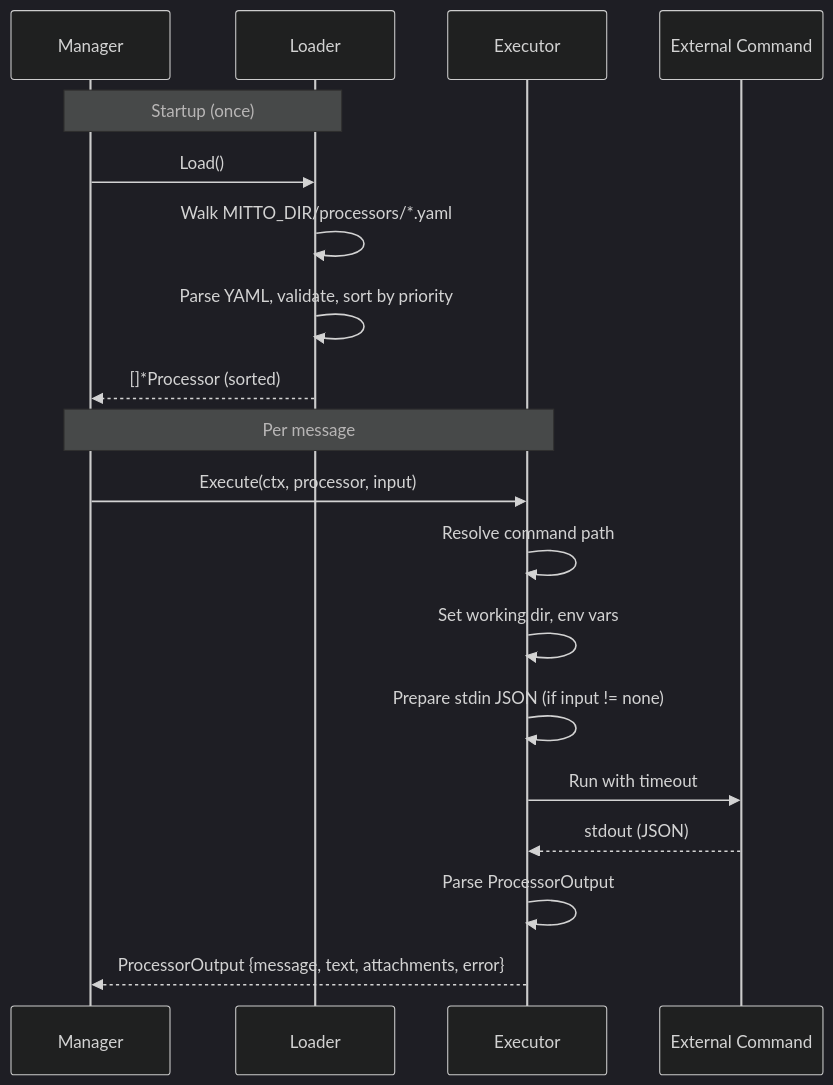
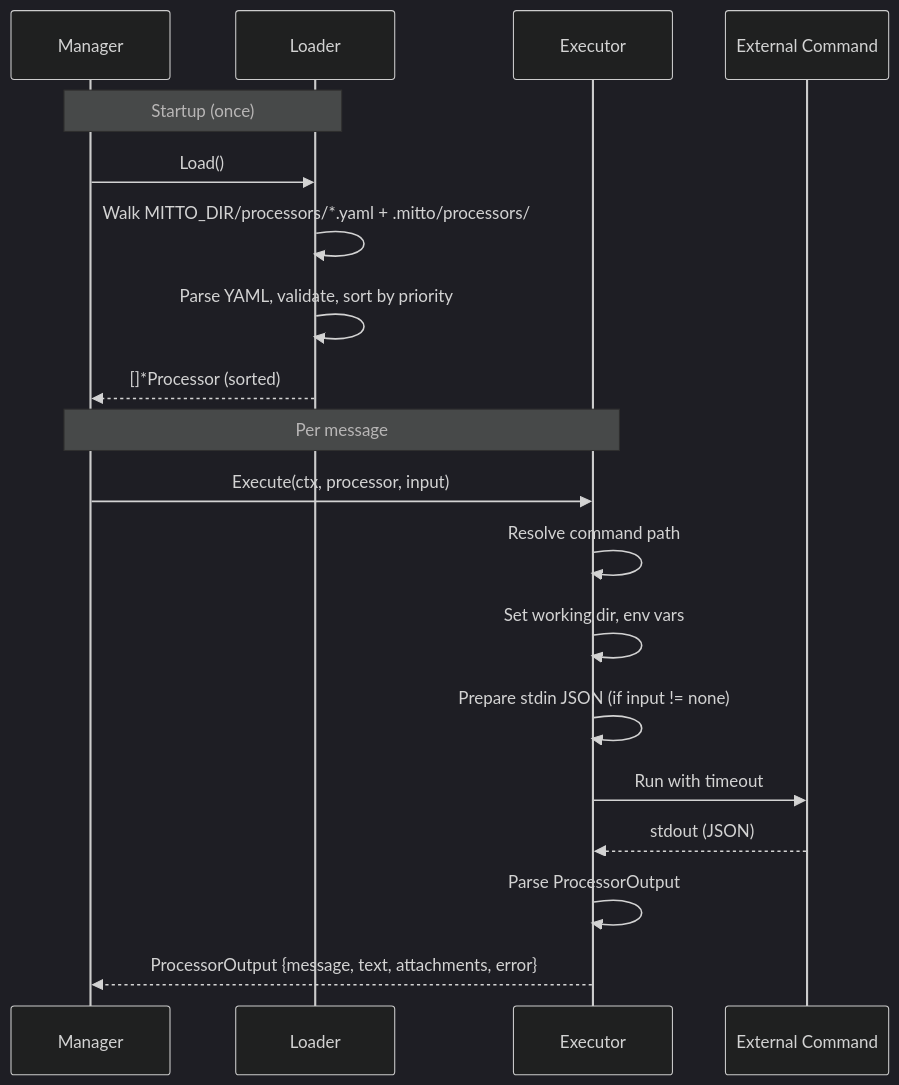
The third of 3 diagrams in docs/devel/processors.md (inercia/mitto), drawn with Mermaid (dark theme) before and after one commit. The commit also changed other lines of this file and 365 other files, not shown here.

````diff
--- a/docs/devel/processors.md
+++ b/docs/devel/processors.md
@@ -120,23 +125,23 @@
 ```mermaid
 sequenceDiagram
     participant M as Manager
     participant L as Loader
     participant E as Executor
     participant Cmd as External Command
 
     Note over M,L: Startup (once)
     M->>L: Load()
-    L->>L: Walk MITTO_DIR/processors/*.yaml
+    L->>L: Walk MITTO_DIR/processors/*.yaml + .mitto/processors/
     L->>L: Parse YAML, validate, sort by priority
     L-->>M: []*Processor (sorted)
 
     Note over M,E: Per message
     M->>E: Execute(ctx, processor, input)
     E->>E: Resolve command path
     E->>E: Set working dir, env vars
     E->>E: Prepare stdin JSON (if input != none)
     E->>Cmd: Run with timeout
     Cmd-->>E: stdout (JSON)
     E->>E: Parse ProcessorOutput
     E-->>M: ProcessorOutput {message, text, attachments, error}
 ```
````
